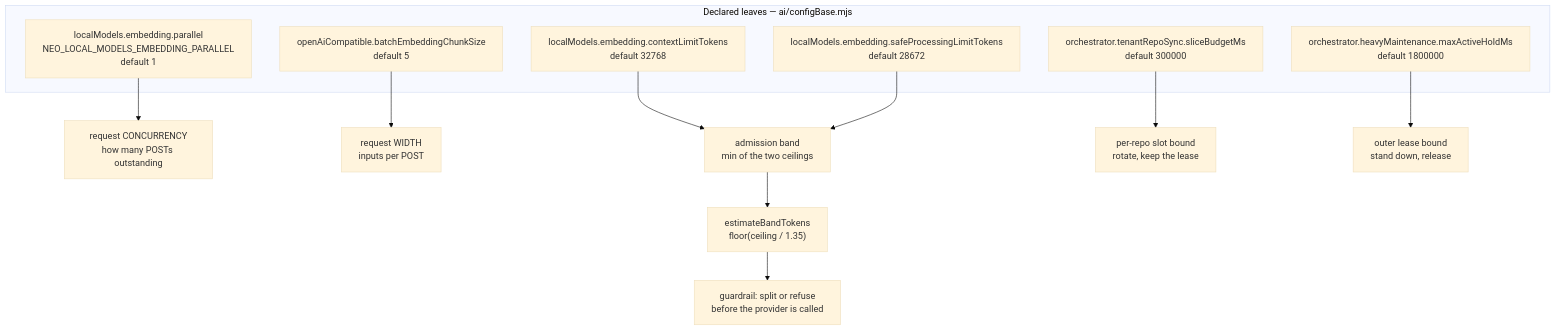
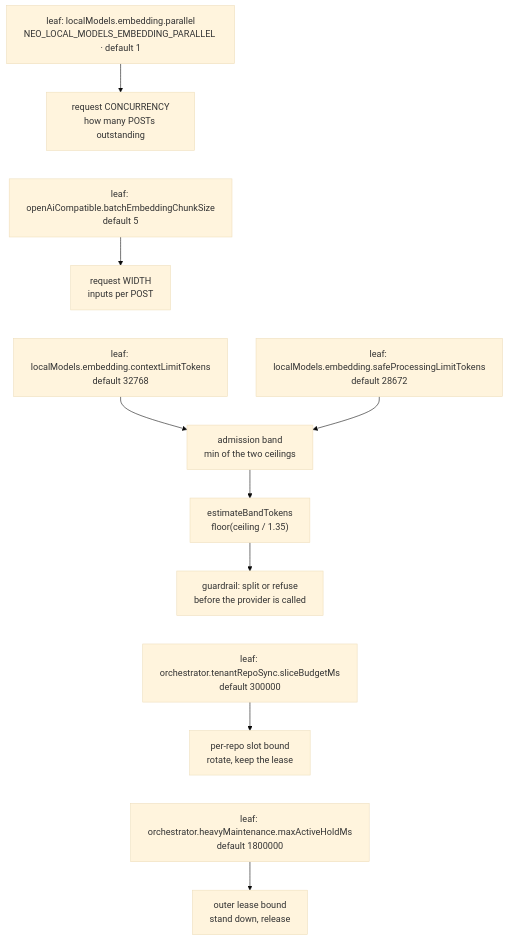
Before and after one commit to neomjs/neo: the first of 6 diagrams in learn/agentos/EmbeddingLane.md, drawn with Mermaid (base theme). The commit also changed other lines of this file, not shown here.

````diff
--- a/learn/agentos/EmbeddingLane.md
+++ b/learn/agentos/EmbeddingLane.md
@@ -79,20 +79,16 @@
 ```mermaid
 flowchart TD
-    subgraph declared["Declared leaves — ai/configBase.mjs"]
-        Parallel["localModels.embedding.parallel<br/>NEO_LOCAL_MODELS_EMBEDDING_PARALLEL<br/>default 1"]
-        Ctx["localModels.embedding.contextLimitTokens<br/>default 32768"]
-        Safe["localModels.embedding.safeProcessingLimitTokens<br/>default 28672"]
-        Width["openAiCompatible.batchEmbeddingChunkSize<br/>default 5"]
-        Slice["orchestrator.tenantRepoSync.sliceBudgetMs<br/>default 300000"]
-        Hold["orchestrator.heavyMaintenance.maxActiveHoldMs<br/>default 1800000"]
-    end
-
-    Parallel --> Concurrency["request CONCURRENCY<br/>how many POSTs outstanding"]
+    Parallel["leaf: localModels.embedding.parallel<br/>NEO_LOCAL_MODELS_EMBEDDING_PARALLEL · default 1"]
+        --> Concurrency["request CONCURRENCY<br/>how many POSTs outstanding"]
+    Concurrency ~~~ Width["leaf: openAiCompatible.batchEmbeddingChunkSize<br/>default 5"]
     Width --> Requests["request WIDTH<br/>inputs per POST"]
+    Requests ~~~ Ctx["leaf: localModels.embedding.contextLimitTokens<br/>default 32768"]
     Ctx --> Band["admission band<br/>min of the two ceilings"]
-    Safe --> Band
+    Safe["leaf: localModels.embedding.safeProcessingLimitTokens<br/>default 28672"] --> Band
     Band --> Estimate["estimateBandTokens<br/>floor(ceiling / 1.35)"]
     Estimate --> Guard["guardrail: split or refuse<br/>before the provider is called"]
+    Guard ~~~ Slice["leaf: orchestrator.tenantRepoSync.sliceBudgetMs<br/>default 300000"]
     Slice --> RepoBound["per-repo slot bound<br/>rotate, keep the lease"]
+    RepoBound ~~~ Hold["leaf: orchestrator.heavyMaintenance.maxActiveHoldMs<br/>default 1800000"]
     Hold --> LeaseBound["outer lease bound<br/>stand down, release"]
 ```
````
